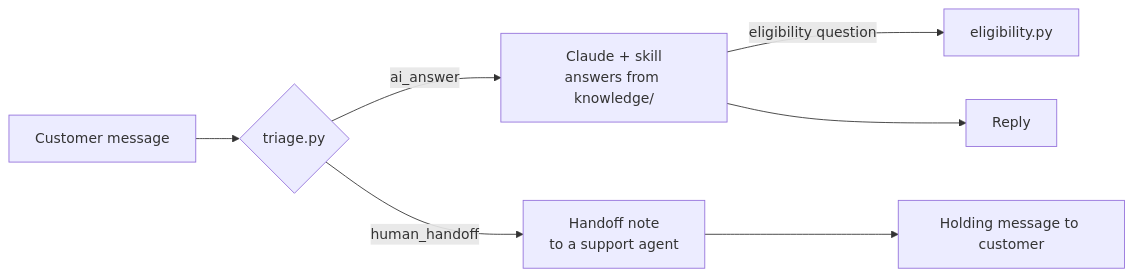
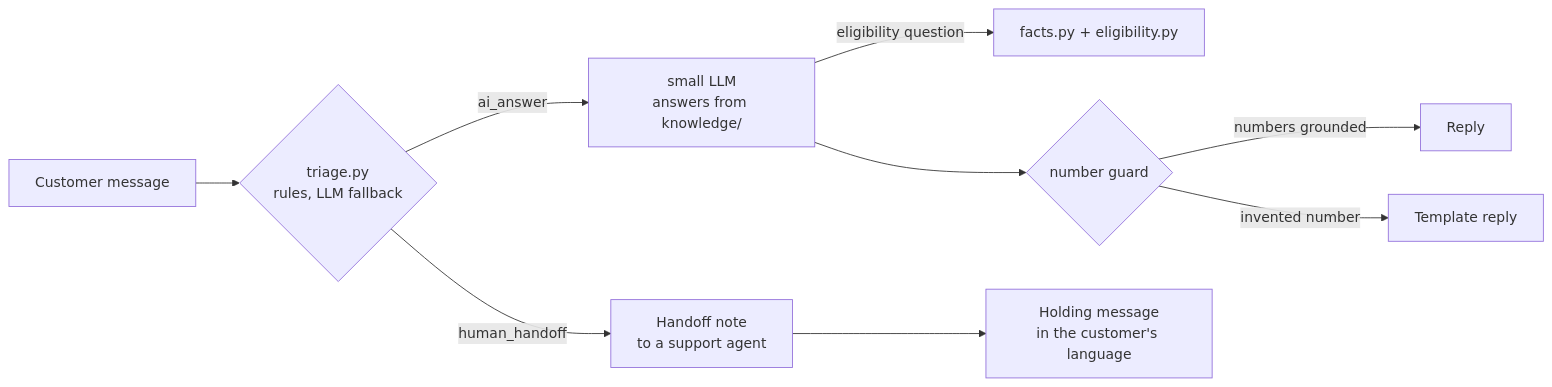
The diagram in README.md (anton-yarmilko/flight-claims-support-agent), drawn with Mermaid before and after one commit. The commit also changed other lines of this file and 22 other files, not shown here.

First line of the commit message:
Add LLM-powered demo: chat agent, ticket reader, airline-reply analysis, claim letter, multilingual triage, reply evals

````diff
--- a/README.md
+++ b/README.md
@@ -23,9 +29,11 @@
 ```mermaid
 flowchart LR
-    M[Customer message] --> T{triage.py}
-    T -->|ai_answer| A[Claude + skill<br/>answers from knowledge/]
+    M[Customer message] --> T{triage.py<br/>rules, LLM fallback}
+    T -->|ai_answer| A[small LLM<br/>answers from knowledge/]
     T -->|human_handoff| H[Handoff note<br/>to a support agent]
-    A -->|eligibility question| E[eligibility.py]
-    A --> R[Reply]
-    H --> Q[Holding message to customer]
+    A -->|eligibility question| E[facts.py + eligibility.py]
+    A --> G{number guard}
+    G -->|numbers grounded| R[Reply]
+    G -->|invented number| F[Template reply]
+    H --> Q[Holding message<br/>in the customer's language]
 ```
````
